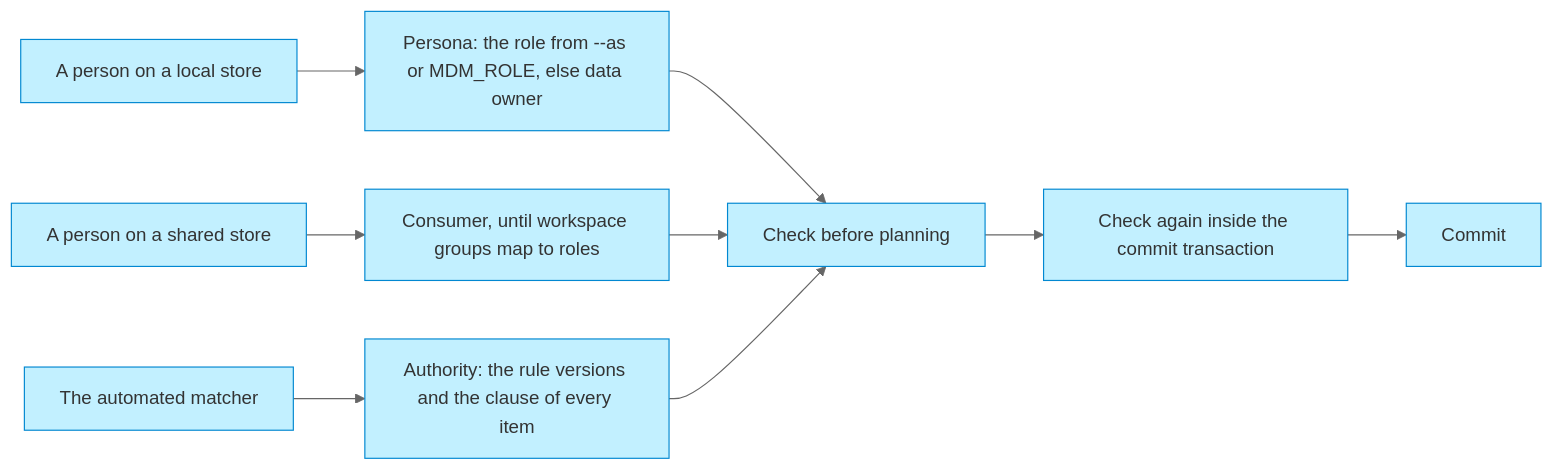
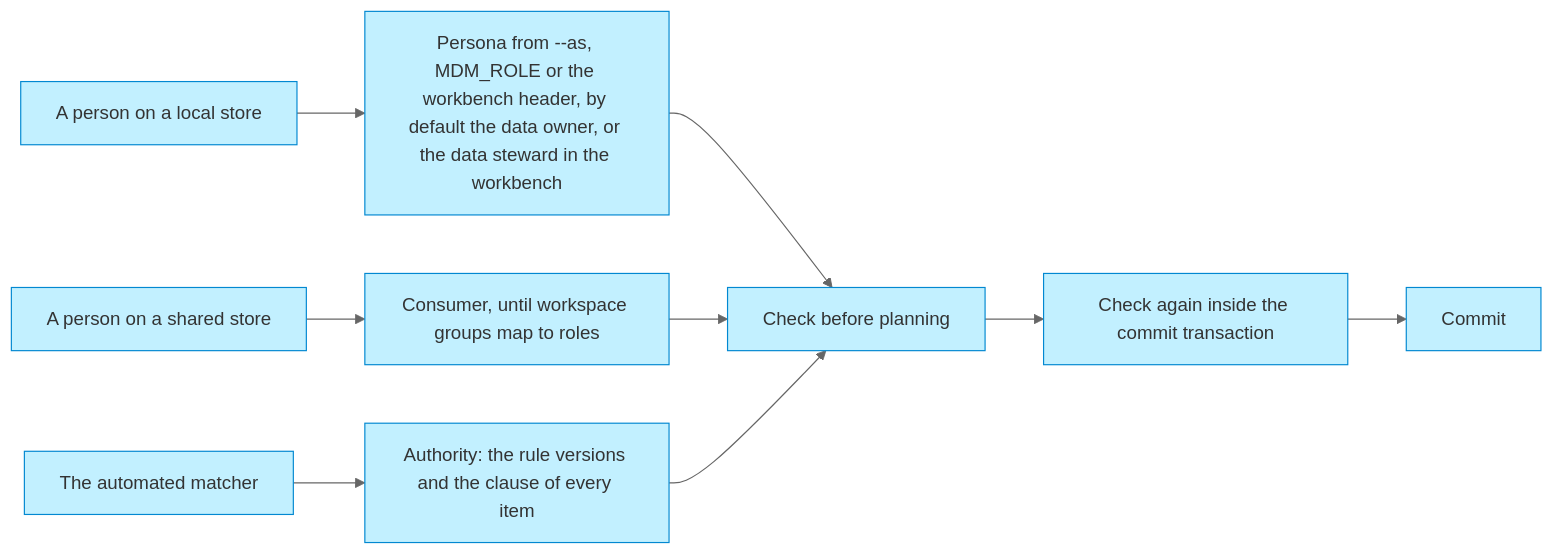
Before and after one commit to roanboc/dbx-master-data-manager: the fourth of 5 diagrams in architecture/4_application/4_solution-design.md, drawn with Mermaid (neutral theme). The commit also changed other lines of this file and 43 other files, not shown here.

First line of the commit message:
docs: plan the steward workbench and model its first story (initiative 3)

````diff
--- a/architecture/4_application/4_solution-design.md
+++ b/architecture/4_application/4_solution-design.md
@@ -146,19 +152,19 @@
 ```mermaid
 flowchart LR
   local["A person on a local store"]:::layer
   shared["A person on a shared store"]:::layer
   matcher["The automated matcher"]:::layer
-  persona["Persona: the role from --as or MDM_ROLE, else data owner"]:::layer
+  persona["Persona from --as, MDM_ROLE or the workbench header, by default the data owner, or the data steward in the workbench"]:::layer
   consumer["Consumer, until workspace groups map to roles"]:::layer
   rules["Authority: the rule versions and the clause of every item"]:::layer
   first["Check before planning"]:::layer
   again["Check again inside the commit transaction"]:::layer
   commit["Commit"]:::layer
 
   local --> persona --> first
   shared --> consumer --> first
   matcher --> rules --> first
   first --> again --> commit
 
   classDef layer fill:#c2f0ff,stroke:#0288d1,color:#333
 ```
````
